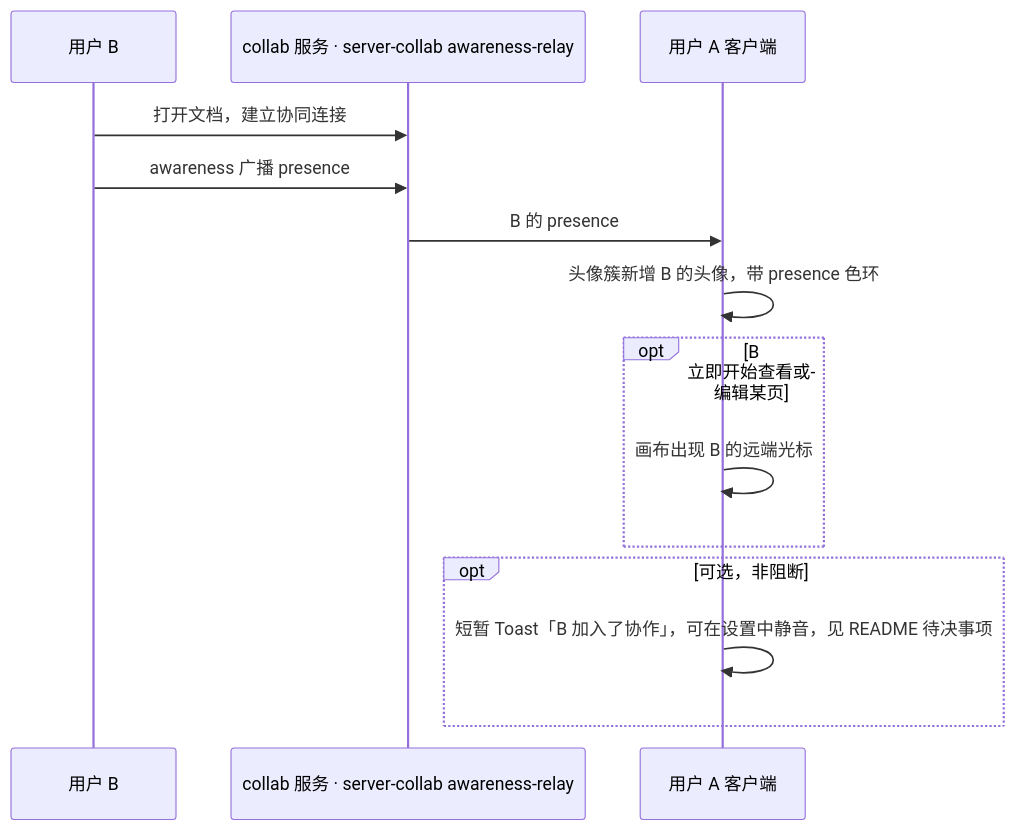
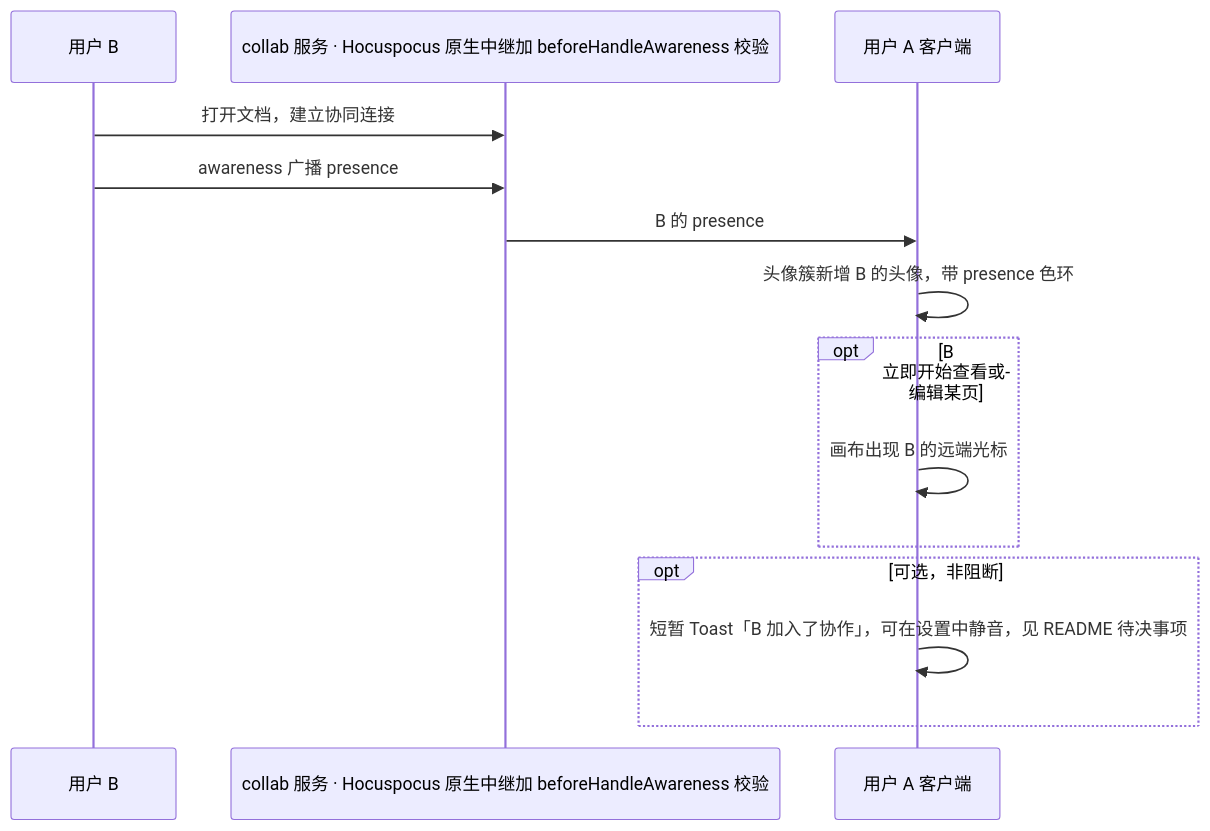
Before and after one commit to Xeonice/cordis-ppt-editor: the third of 12 diagrams in docs/20-design/02-user-flows.md, drawn with Mermaid. The commit also changed other lines of this file and 22 other files, not shown here.

````diff
--- a/docs/20-design/02-user-flows.md
+++ b/docs/20-design/02-user-flows.md
@@ -107,16 +107,16 @@
 ```mermaid
 sequenceDiagram
   participant userB as 用户 B
-  participant collab as collab 服务 · server-collab awareness-relay
+  participant collab as collab 服务 · Hocuspocus 原生中继加 beforeHandleAwareness 校验
   participant clientA as 用户 A 客户端
   userB->>collab: 打开文档，建立协同连接
   userB->>collab: awareness 广播 presence
   collab->>clientA: B 的 presence
   clientA->>clientA: 头像簇新增 B 的头像，带 presence 色环
   opt B 立即开始查看或编辑某页
     clientA->>clientA: 画布出现 B 的远端光标
   end
   opt 可选，非阻断
     clientA->>clientA: 短暂 Toast「B 加入了协作」，可在设置中静音，见 README 待决事项
   end
 ```
````
